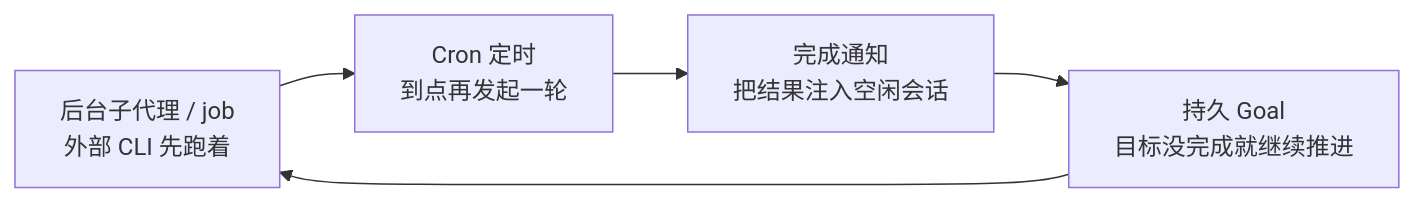
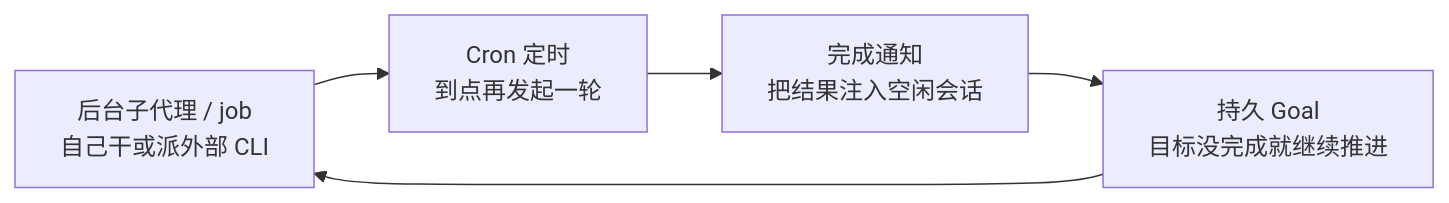
Before and after one commit to cjhyy/codeshell: the third of 3 diagrams in docs/core-deep-dive/v2-00-feature-tour.md, drawn with Mermaid. The commit also changed other lines of this file and 5 other files, not shown here.

````diff
--- a/docs/core-deep-dive/v2-00-feature-tour.md
+++ b/docs/core-deep-dive/v2-00-feature-tour.md
@@ -233,7 +295,7 @@
 ```mermaid
 flowchart LR
-    A[后台子代理 / job<br/>外部 CLI 先跑着] --> B[Cron 定时<br/>到点再发起一轮]
+    A[后台子代理 / job<br/>自己干或派外部 CLI] --> B[Cron 定时<br/>到点再发起一轮]
     B --> C[完成通知<br/>把结果注入空闲会话]
     C --> D[持久 Goal<br/>目标没完成就继续推进]
     D --> A
 ```
````
